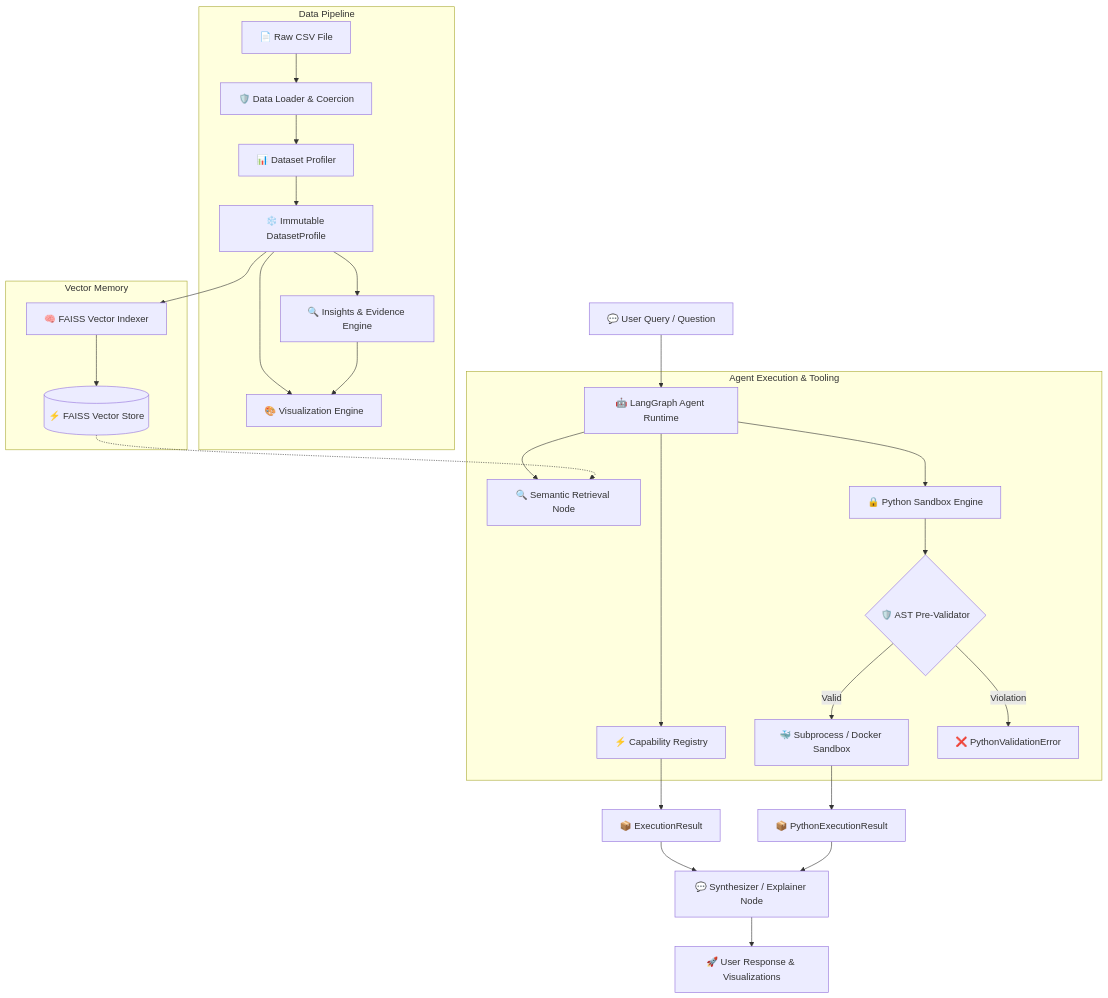
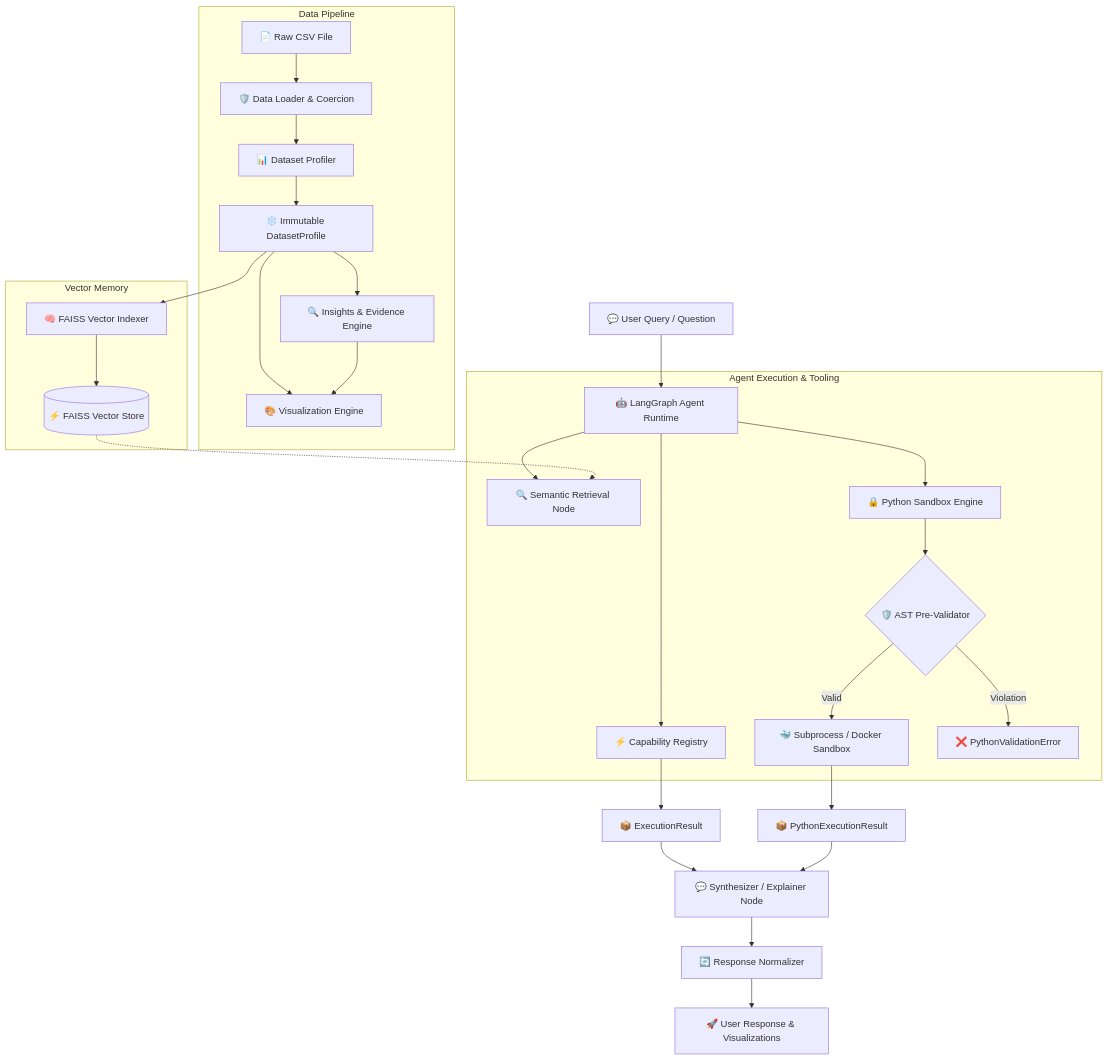
One commit to Vishaldave45/CSV-Analytics-Agent changed the diagram in README.md. Above: the diagram before and after it, drawn with Mermaid. The commit also changed other lines of this file and 14 other files, not shown here.

````diff
--- a/README.md
+++ b/README.md
@@ -51,35 +50,36 @@
 ```mermaid
 flowchart TD
     UserQuery["💬 User Query / Question"] --> AgentRuntime["🤖 LangGraph Agent Runtime"]
     
     subgraph Data Pipeline
         RawCSV["📄 Raw CSV File"] --> Loader["🛡️ Data Loader & Coercion"]
         Loader --> Profiler["📊 Dataset Profiler"]
         Profiler --> Profile["❄️ Immutable DatasetProfile"]
         Profile --> InsightsEngine["🔍 Insights & Evidence Engine"]
         Profile & InsightsEngine --> VizEngine["🎨 Visualization Engine"]
     end
 
     subgraph Vector Memory
         Profile --> MemoryService["🧠 FAISS Vector Indexer"]
         MemoryService --> VectorStore[("⚡ FAISS Vector Store")]
     end
 
     subgraph Agent Execution & Tooling
         AgentRuntime --> RetrievalNode["🔍 Semantic Retrieval Node"]
         VectorStore -.-> RetrievalNode
         AgentRuntime --> CapabilityReg["⚡ Capability Registry"]
         AgentRuntime --> PythonEngine["🔒 Python Sandbox Engine"]
         
         PythonEngine --> ASTValidator{"🛡️ AST Pre-Validator"}
         ASTValidator -->|Valid| SandboxBackend["🐳 Subprocess / Docker Sandbox"]
         ASTValidator -->|Violation| ErrorResult["❌ PythonValidationError"]
     end
 
     CapabilityReg --> DeterministicResult["📦 ExecutionResult"]
     SandboxBackend --> SandboxResult["📦 PythonExecutionResult"]
     
     DeterministicResult --> Explainer["💬 Synthesizer / Explainer Node"]
     SandboxResult --> Explainer
-    Explainer --> FinalResponse["🚀 User Response & Visualizations"]
+    Explainer --> Normalizer["🔄 Response Normalizer"]
+    Normalizer --> FinalResponse["🚀 User Response & Visualizations"]
 ```
````
